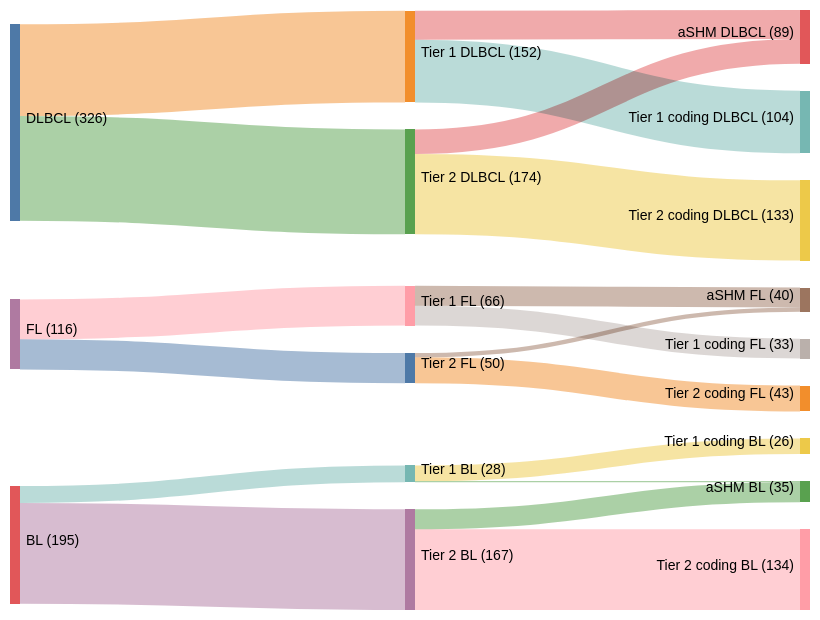
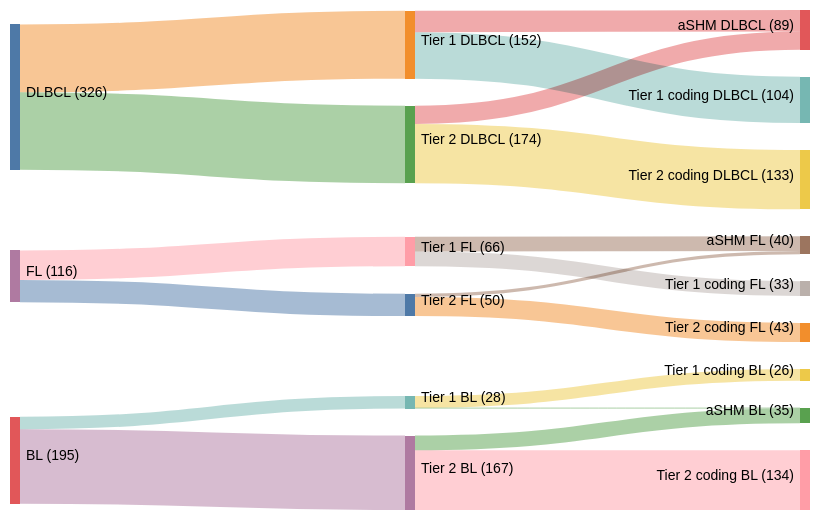
Before and after one commit to morinlab/lymphopedia: the diagram in sankey_with_ashm.md, drawn with Mermaid (neutral theme).

Commit message:
Updated sankey_with_ashm (markdown)

````diff
--- a/sankey_with_ashm.md
+++ b/sankey_with_ashm.md
@@ -1,41 +1,41 @@
 ```mermaid
 ---
 config:
   sankey:
     showValues: true
     linkColor: target
     width: 800
-    height: 600
+    height: 500
     prefix: "("
     suffix: ")"
     nodeAlignment: right
 ---
 sankey-beta
 DLBCL, Tier 1 DLBCL, 152
 Tier 1 DLBCL, aSHM DLBCL, 48
 Tier 1 DLBCL, Tier 1 coding DLBCL, 104
 
 DLBCL, Tier 2 DLBCL, 174
 Tier 2 DLBCL, aSHM DLBCL, 41
 Tier 2 DLBCL, Tier 2 coding DLBCL, 133
 
 FL, Tier 1 FL, 66
 Tier 1 FL, aSHM FL, 33
 Tier 1 FL, Tier 1 coding FL, 33
 
 FL, Tier 2 FL, 50
 Tier 2 FL, aSHM FL, 7
 Tier 2 FL, Tier 2 coding FL, 43
 
 
 BL, Tier 1 BL, 28
 Tier 1 BL, aSHM BL, 2
 Tier 1 BL, Tier 1 coding BL, 26
 
 BL, Tier 2 BL, 167
 Tier 2 BL, aSHM BL, 33
 Tier 2 BL, Tier 2 coding BL, 134
 
 
 
 ```
````
